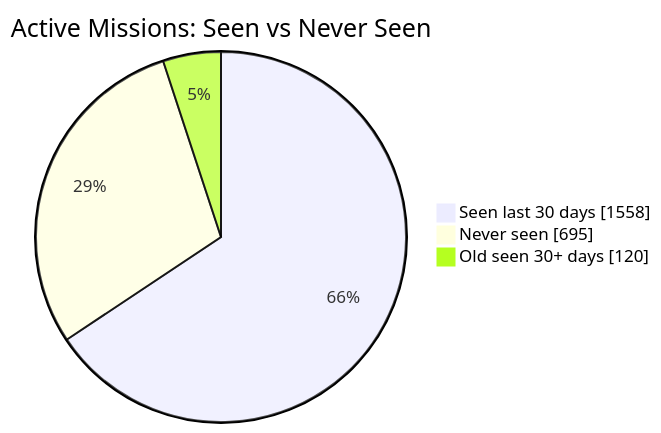
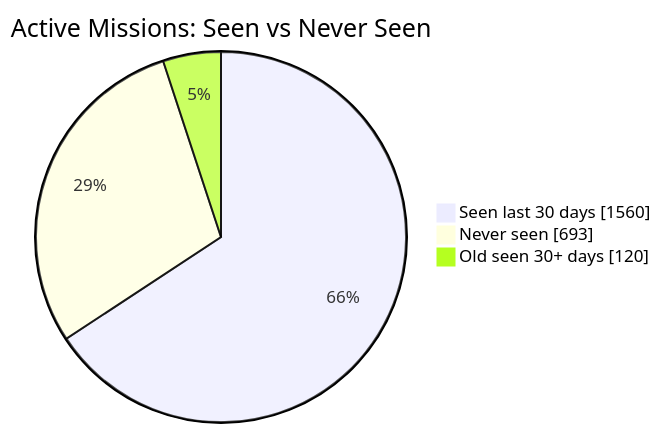
One commit to MeldkamerspelGameTeam/active-missions changed the first of 2 diagrams in README.md. Above: the diagram before and after it, drawn with Mermaid. The commit also changed other lines of this file and 2 other files, not shown here.

````diff
--- a/README.md
+++ b/README.md
@@ -34,7 +34,7 @@
 ```mermaid
 pie showData
     title Active Missions: Seen vs Never Seen
-    "Seen last 30 days" : 1558
-    "Never seen" : 695
+    "Seen last 30 days" : 1560
+    "Never seen" : 693
     "Old seen 30+ days" : 120
 ```
````
